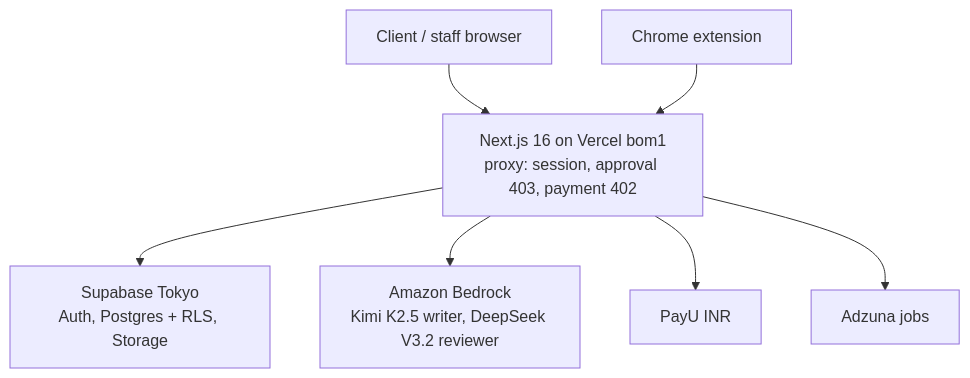
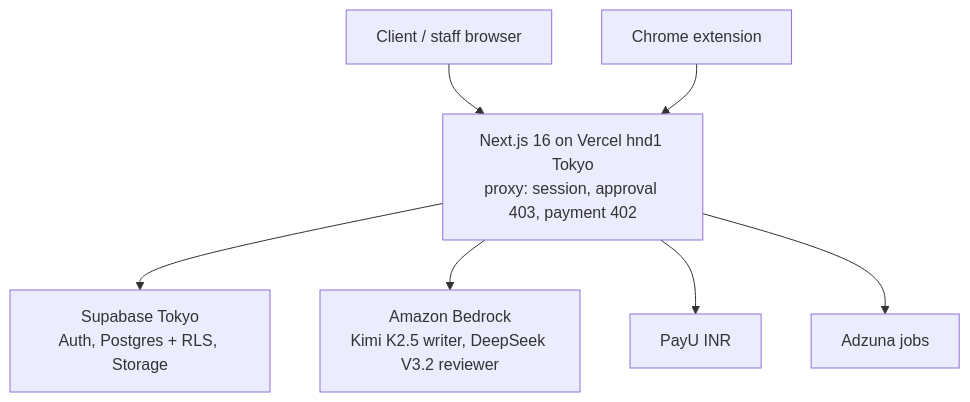
Before and after one commit to michael-0007a/nextzenorbit: the diagram in docs/main/APP_OVERVIEW.md, drawn with Mermaid. The commit also changed other lines of this file and 33 other files, not shown here.

````diff
--- a/docs/main/APP_OVERVIEW.md
+++ b/docs/main/APP_OVERVIEW.md
@@ -38,9 +41,9 @@
 ```mermaid
 graph TD
-  A[Client / staff browser] --> B[Next.js 16 on Vercel bom1<br/>proxy: session, approval 403, payment 402]
+  A[Client / staff browser] --> B[Next.js 16 on Vercel hnd1 Tokyo<br/>proxy: session, approval 403, payment 402]
   X[Chrome extension] --> B
   B --> C[Supabase Tokyo<br/>Auth, Postgres + RLS, Storage]
   B --> D[Amazon Bedrock<br/>Kimi K2.5 writer, DeepSeek V3.2 reviewer]
   B --> E[PayU INR]
   B --> F[Adzuna jobs]
 ```
````
